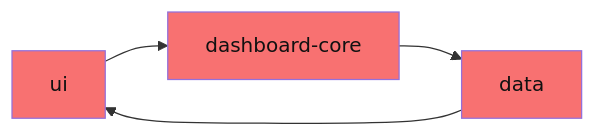
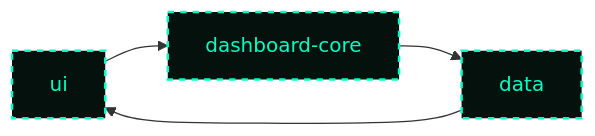
Before and after one commit to JuniorDiasOliveira/code-and-karma: the first of 2 diagrams in src/content/blog/layered-package-architecture.md, drawn with Mermaid. The commit also changed other lines of this file, not shown here.

Commit message:
marmaind colors

````diff
--- a/src/content/blog/layered-package-architecture.md
+++ b/src/content/blog/layered-package-architecture.md
@@ -12,10 +12,10 @@
 ```mermaid
 graph LR
     ui[ui] --> core[dashboard-core]
     core --> data[data]
     data --> ui
 
-    style ui fill:#f87171,color:#111
-    style core fill:#f87171,color:#111
-    style data fill:#f87171,color:#111
+    style ui fill:#04110d,stroke:#00ffc2,stroke-width:2px,stroke-dasharray:5 5,color:#00ffc2
+    style core fill:#04110d,stroke:#00ffc2,stroke-width:2px,stroke-dasharray:5 5,color:#00ffc2
+    style data fill:#04110d,stroke:#00ffc2,stroke-width:2px,stroke-dasharray:5 5,color:#00ffc2
 ```
````
